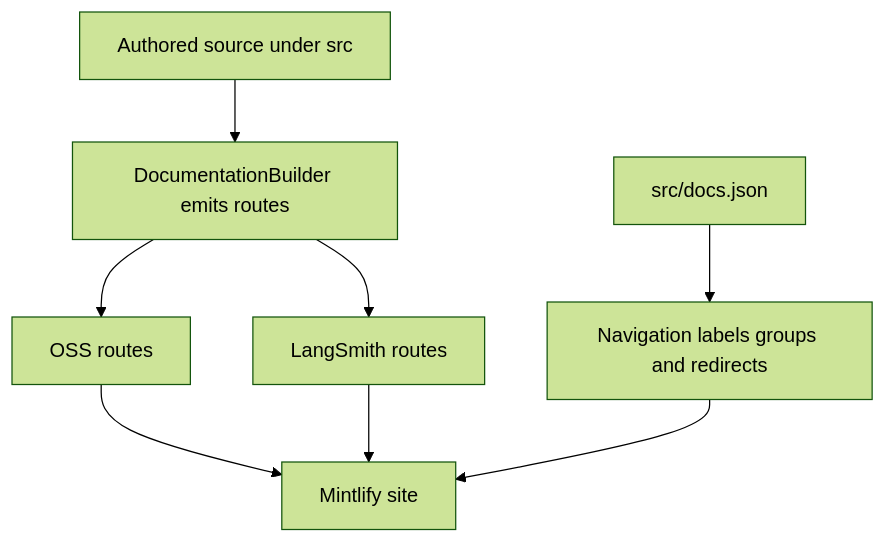
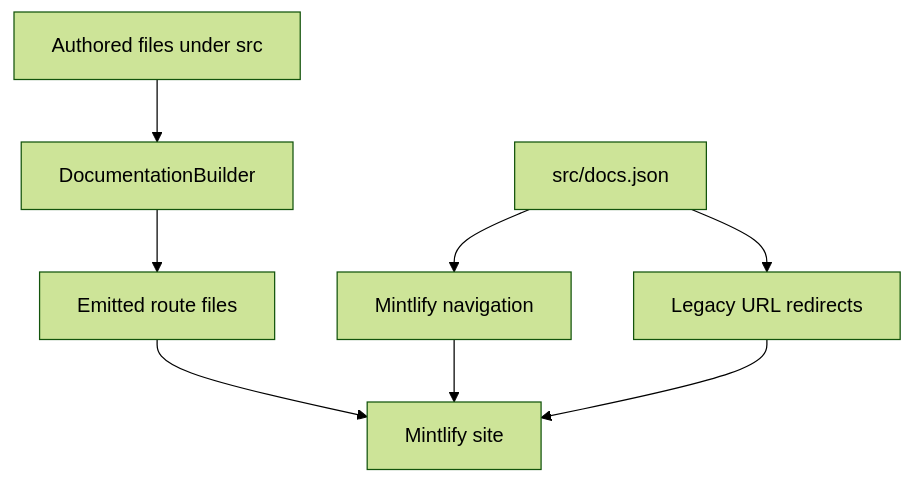
Before and after one commit to langchain-ai/docs: the diagram in openwiki/architecture/source-map.md, drawn with Mermaid (forest theme). The commit also changed other lines of this file and 20 other files, not shown here.

````diff
--- a/openwiki/architecture/source-map.md
+++ b/openwiki/architecture/source-map.md
@@ -41,10 +43,10 @@
 ```mermaid
 flowchart TD
-    Source["Authored source under src"] --> Builder["DocumentationBuilder emits routes"]
-    Builder --> Oss["OSS routes"]
-    Builder --> Langsmith["LangSmith routes"]
-    Oss --> Mintlify["Mintlify site"]
-    Langsmith --> Mintlify
-    Config["src/docs.json"] --> Navigation["Navigation labels groups and redirects"]
-    Navigation --> Mintlify
+    Source["Authored files under src"] --> Builder["DocumentationBuilder"]
+    Builder --> Routes["Emitted route files"]
+    Config["src/docs.json"] --> Navigation["Mintlify navigation"]
+    Config --> Redirects["Legacy URL redirects"]
+    Routes --> Site["Mintlify site"]
+    Navigation --> Site
+    Redirects --> Site
 ```
````
